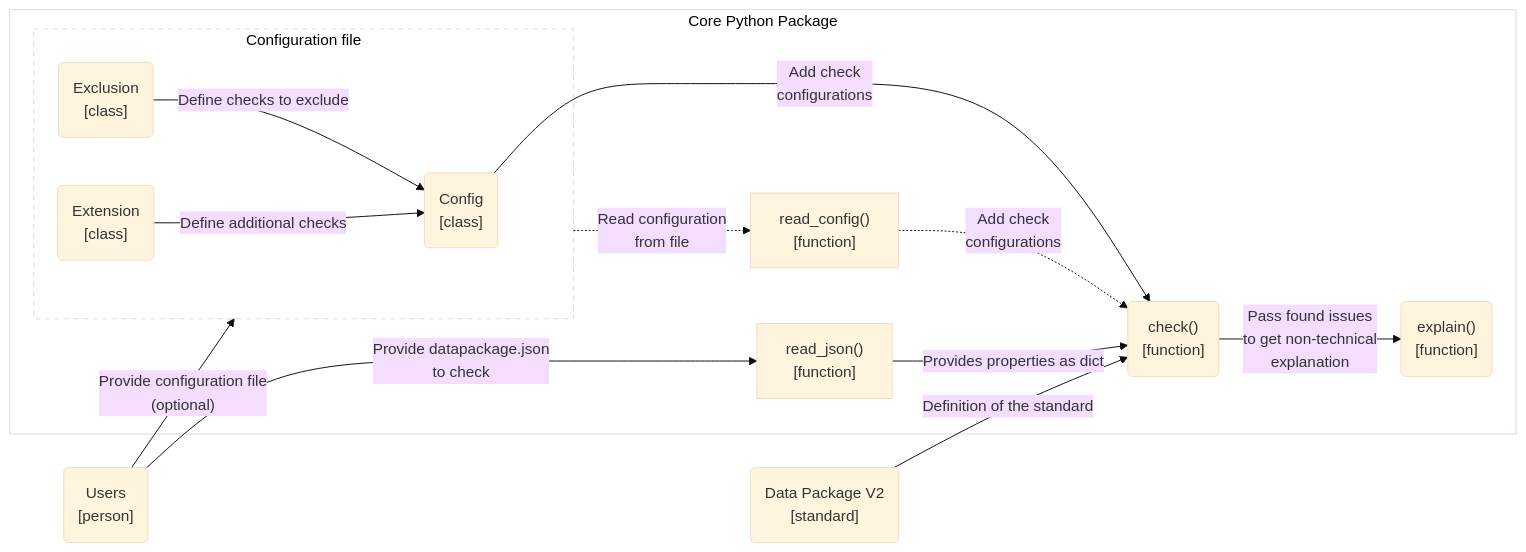
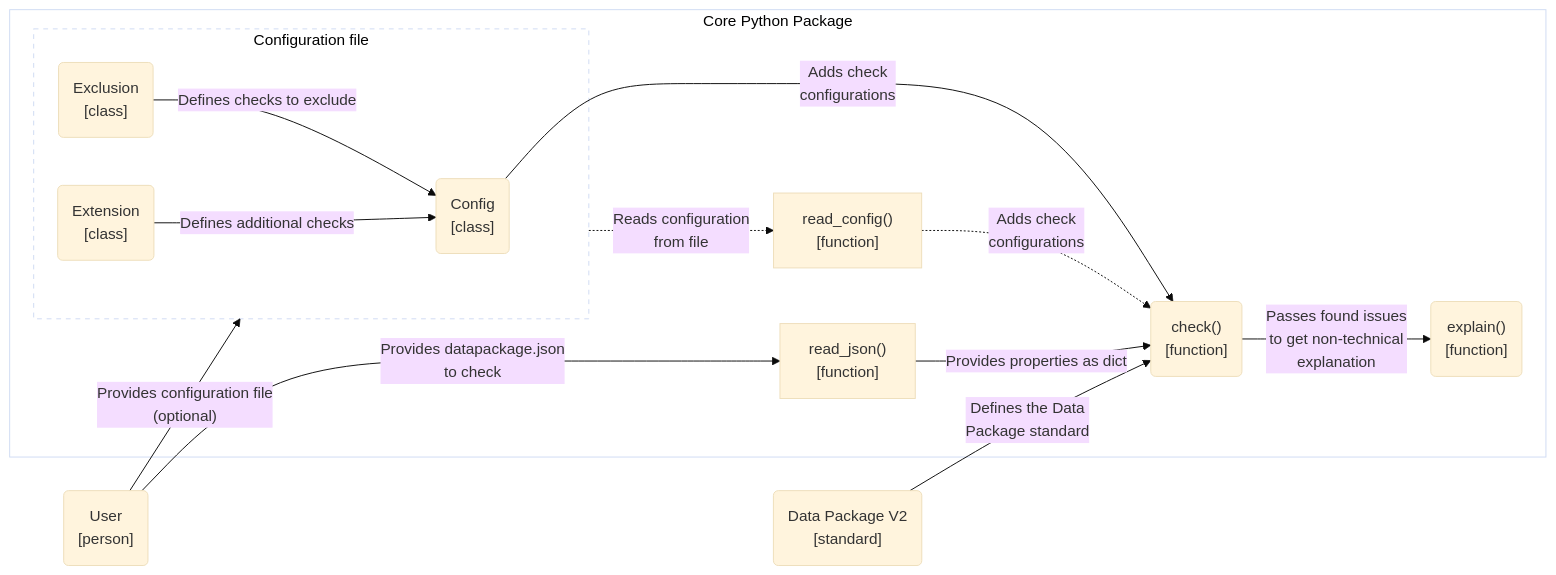
Before and after one commit to seedcase-project/check-datapackage: the third of 3 diagrams in docs/design/architecture.qmd, drawn with Mermaid (base theme).

Commit message:
docs: :memo: align tense in C4 component/code to use third-person singular (`-s`)
I believe it's third-person singular simple-present tense to be specific.

````diff
--- a/docs/design/architecture.qmd
+++ b/docs/design/architecture.qmd
@@ -165,40 +165,40 @@
 ```{mermaid}
 %%| label: fig-c4-component
 %%| fig-cap: "C4 component diagram showing the parts of the Python package and their connections."
 flowchart LR
 
     subgraph python_package["Core Python Package"]
 
         subgraph config_file["Configuration file"]
             config("Config<br>[class]")
             exclusion("Exclusion<br>[class]")
             extension("Extension<br>[class]")
         end
 
         read_config["read_config()<br>[function]"]
         read_json["read_json()<br>[function]"]
         check("check()<br>[function]")
         explain("explain()<br>[function]")
 
-        exclusion --"Define checks to exclude"--> config
-        extension --"Define additional checks"--> config
-        config_file -. "Read configuration<br>from file" .-> read_config
+        exclusion --"Defines checks to exclude"--> config
+        extension --"Defines additional checks"--> config
+        config_file -. "Reads configuration<br>from file" .-> read_config
 
         read_json --"Provides properties as dict"--> check
-        read_config -. "Add check<br>configurations" .-> check
-        config --"Add check<br>configurations"--> check
+        read_config -. "Adds check<br>configurations" .-> check
+        config --"Adds check<br>configurations"--> check
 
-        check --"Pass found issues<br>to get non-technical<br>explanation"--> explain
+        check --"Passes found issues<br>to get non-technical<br>explanation"--> explain
     end
 
     dp_standard("Data Package V2<br>[standard]")
-    users("Users<br>[person]")
+    user("User<br>[person]")
 
-    dp_standard --"Definition of the standard"--> check
-    users --"Provide datapackage.json<br>to check"--> read_json
-    users --"Provide configuration file<br>(optional)"--> config_file
+    dp_standard --"Defines the Data<br>Package standard"--> check
+    user --"Provides datapackage.json<br>to check"--> read_json
+    user --"Provides configuration file<br>(optional)"--> config_file
 
     %% Styling
     style python_package fill:#FFFFFF, color:#000000
     style config_file fill:#FFFFFF, color:#000000, stroke-dasharray: 5 5
 ```
````
